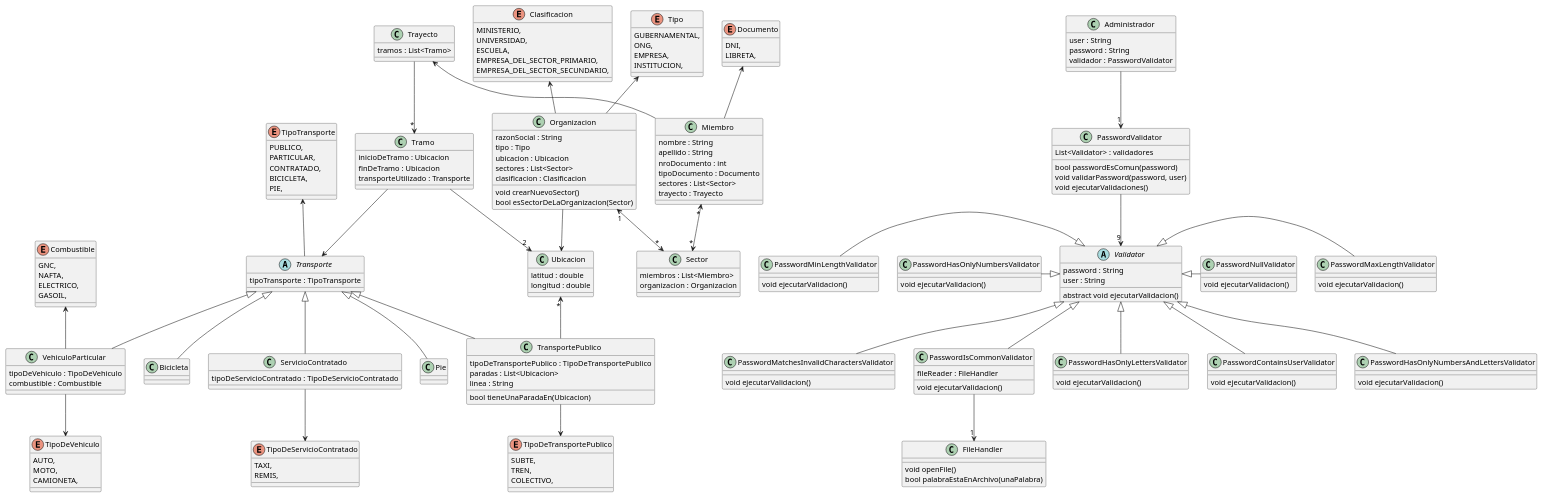
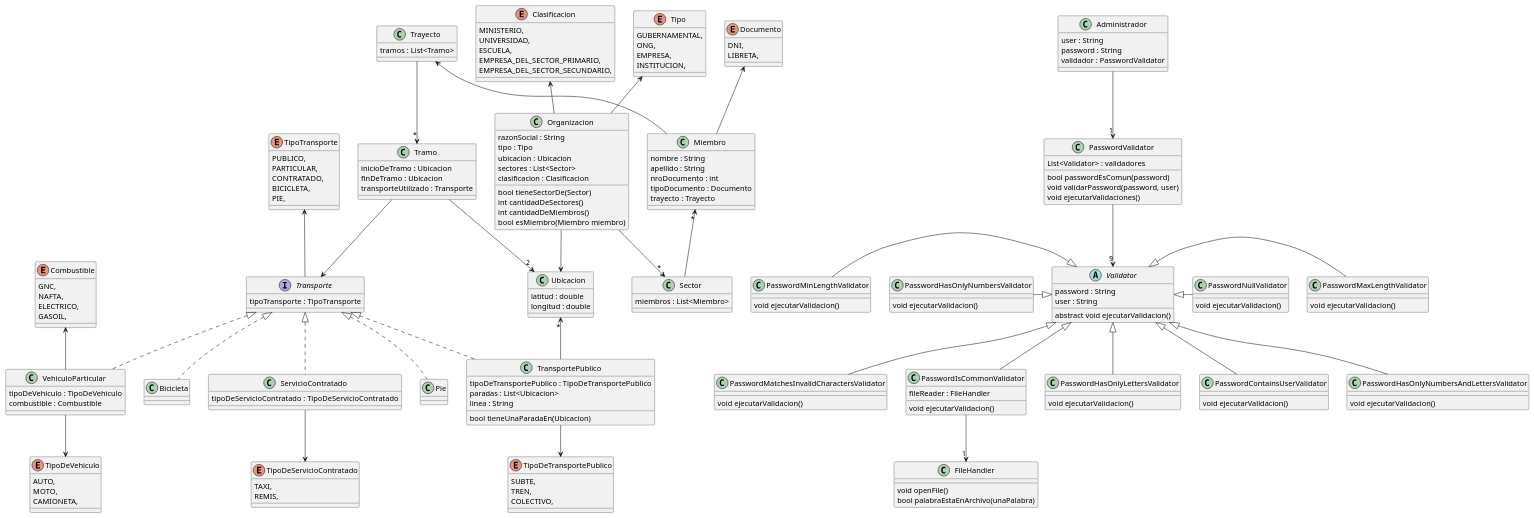
One commit to mbeorlegui/tpa-dds-2022 changed the diagram in Diagrama.puml. Above: the diagram before and after it, drawn with PlantUML. The commit also changed 7 other files, not shown here.

Commit message:
Modificado: Logica Organizacion-Sector-Miembro

```diff
--- a/Diagrama.puml
+++ b/Diagrama.puml
@@ -6,8 +6,10 @@
   ubicacion : Ubicacion
   sectores : List<Sector>
   clasificacion : Clasificacion
-  void crearNuevoSector()
-  bool esSectorDeLaOrganizacion(Sector)
+  bool tieneSectorDe(Sector)
+  int cantidadDeSectores()
+  int cantidadDeMiembros()
+  bool esMiembro(Miembro miembro)
 }
 
 class Ubicacion {
@@ -17,7 +19,6 @@
 
 class Sector {
   miembros : List<Miembro>
-  organizacion : Organizacion
 }
 
 class Miembro {
@@ -25,13 +26,8 @@
   apellido : String
   nroDocumento : int
   tipoDocumento : Documento
-  sectores : List<Sector>
   trayecto : Trayecto
 }
-' Ponemos lista de sectores en el Miembro
-' y que cada sector conozca su organizacion,
-' de forma tal que el miembro pueda acceder a su
-' organizacion mediante el sector
 
 enum Documento {
   DNI,
@@ -54,7 +50,7 @@
 }
 
 ' Usamos strategy para los medios de transportes
-abstract class Transporte {
+interface Transporte {
   tipoTransporte : TipoTransporte
 }
 
@@ -203,11 +199,11 @@
 Validator <|-down- PasswordMatchesInvalidCharactersValidator
 
 
-Miembro "*"<-->"*" Sector
+Miembro "*"<-- Sector
 Organizacion -up-> Tipo
 Organizacion -up-> Clasificacion
 Organizacion --> Ubicacion
-Organizacion "1"<-->"*" Sector
+Organizacion -->"*" Sector
 Miembro -up-> Documento
 
 Trayecto --> "*" Tramo
@@ -221,11 +217,11 @@
 VehiculoParticular -down-> TipoDeVehiculo
 VehiculoParticular -up-> Combustible
 ServicioContratado -down-> TipoDeServicioContratado
-TransportePublico -up-|> Transporte
-VehiculoParticular -up-|> Transporte
-Pie -up-|> Transporte
-Bicicleta -up-|> Transporte
-ServicioContratado -up-|> Transporte
+TransportePublico .up.|> Transporte
+VehiculoParticular .up.|> Transporte
+Pie .up.|> Transporte
+Bicicleta .up.|> Transporte
+ServicioContratado .up.|> Transporte
 
 
 @enduml
```
